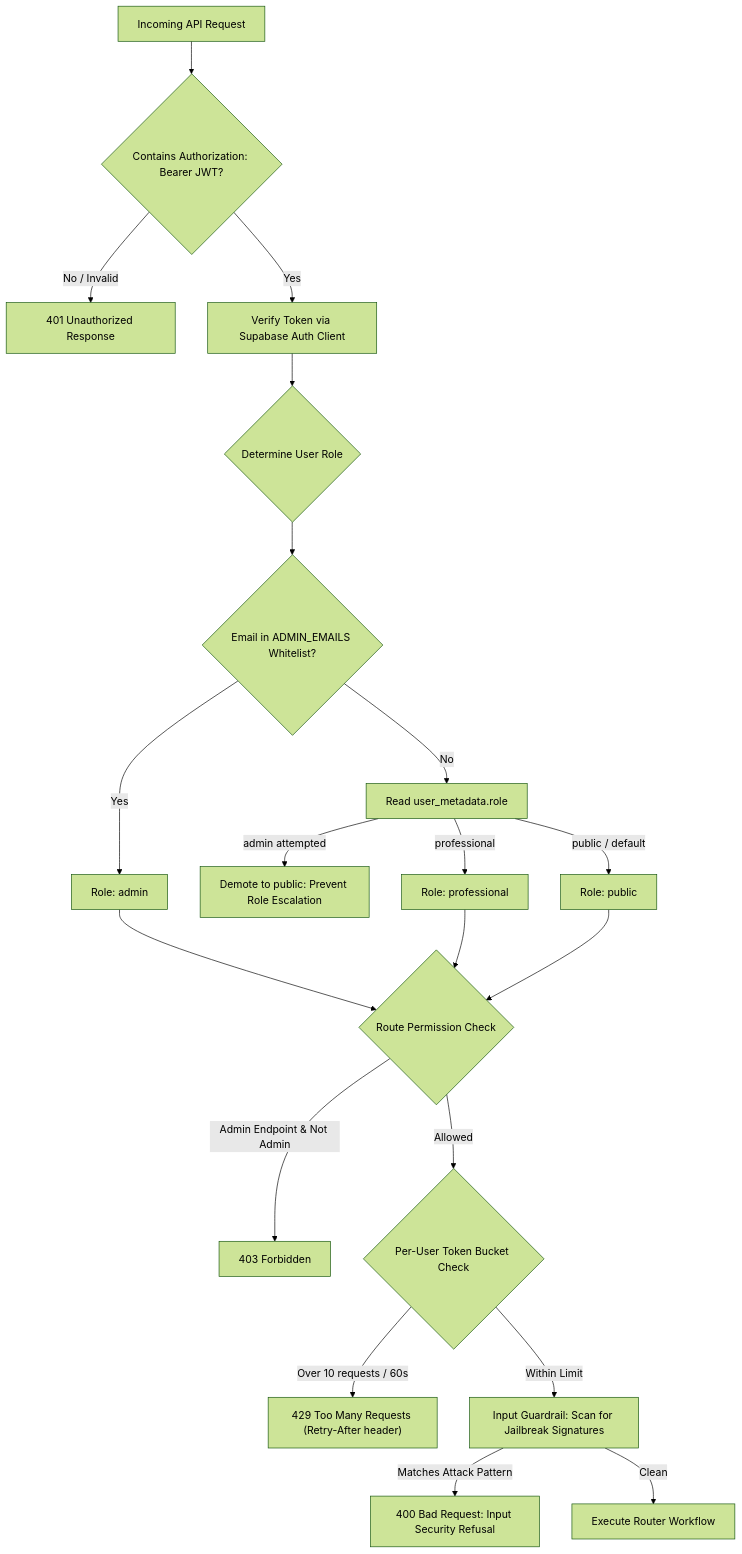
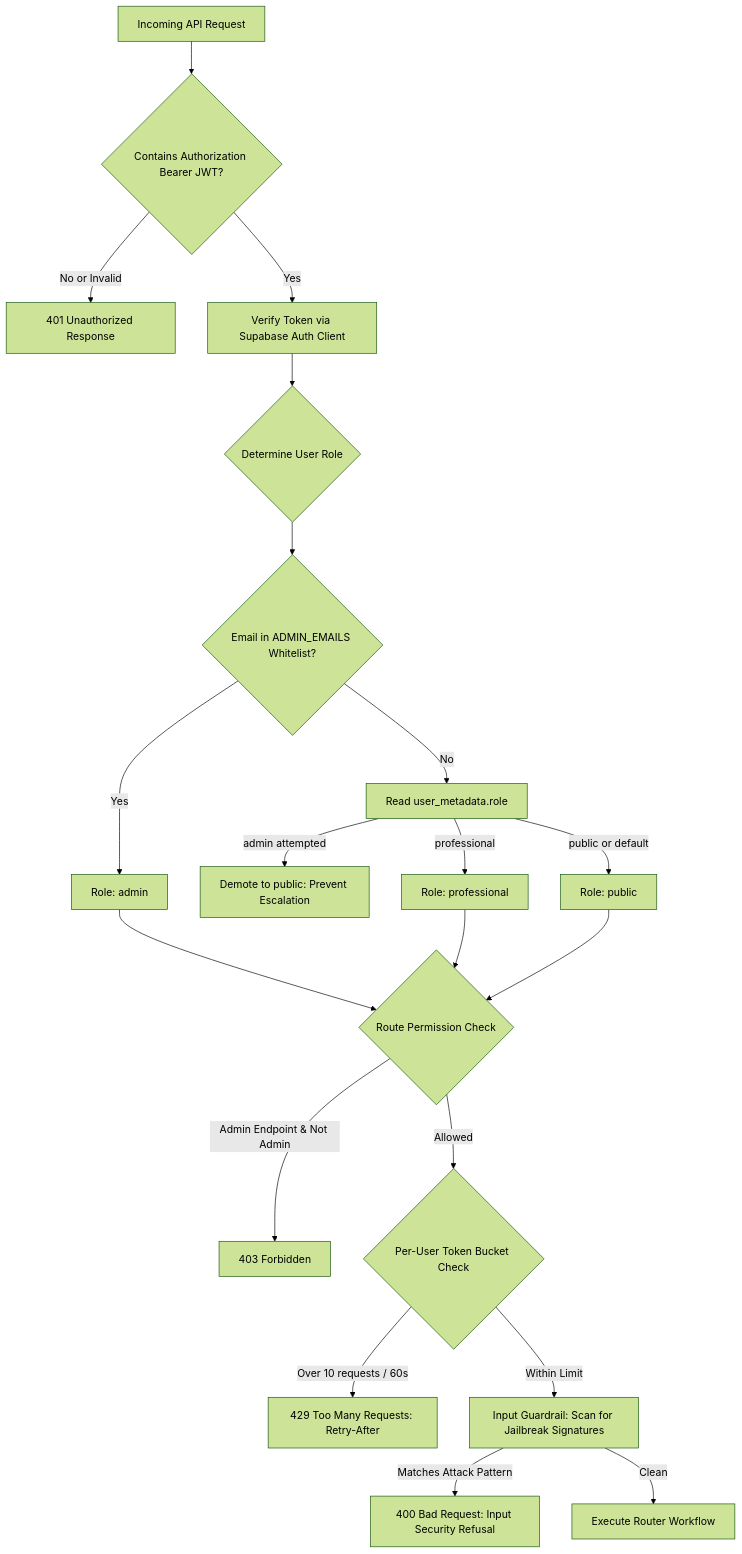
Before and after one commit to tanisha-64/NyayaPramaan: the eighth of 10 diagrams in README.md, drawn with Mermaid (forest theme). The commit also changed other lines of this file, not shown here.

Commit message:
docs: audit and fix all mermaid diagrams, security placeholders, and technical claims

````diff
--- a/README.md
+++ b/README.md
@@ -940,25 +965,27 @@
 ```mermaid
 flowchart TD
-    Request[Incoming API Request] --> CheckAuth{Contains Authorization: Bearer JWT?}
+    Request["Incoming API Request"] --> CheckAuth{"Contains Authorization Bearer JWT?"}
     
-    CheckAuth -->|No / Invalid| Unauth[401 Unauthorized Response]
-    CheckAuth -->|Yes| VerifySupabase[Verify Token via Supabase Auth Client]
+    CheckAuth -->|No or Invalid| Unauth["401 Unauthorized Response"]
+    CheckAuth -->|Yes| VerifySupabase["Verify Token via Supabase Auth Client"]
     
-    VerifySupabase --> ResolveRole{Determine User Role}
-    ResolveRole --> EmailCheck{Email in ADMIN_EMAILS Whitelist?}
-    EmailCheck -->|Yes| AssignAdmin[Role: admin]
-    EmailCheck -->|No| CheckMeta[Read user_metadata.role]
-    CheckMeta -->|admin attempted| BlockEscalation[Demote to public: Prevent Role Escalation]
-    CheckMeta -->|professional| AssignProf[Role: professional]
-    CheckMeta -->|public / default| AssignPublic[Role: public]
+    VerifySupabase --> ResolveRole{"Determine User Role"}
+    ResolveRole --> EmailCheck{"Email in ADMIN_EMAILS Whitelist?"}
+    EmailCheck -->|Yes| AssignAdmin["Role: admin"]
+    EmailCheck -->|No| CheckMeta["Read user_metadata.role"]
+    CheckMeta -->|admin attempted| BlockEscalation["Demote to public: Prevent Escalation"]
+    CheckMeta -->|professional| AssignProf["Role: professional"]
+    CheckMeta -->|public or default| AssignPublic["Role: public"]
     
-    AssignAdmin & AssignProf & AssignPublic --> RouteGuard{Route Permission Check}
-    RouteGuard -->|Admin Endpoint & Not Admin| Forbidden[403 Forbidden]
-    RouteGuard -->|Allowed| TokenBucket{Per-User Token Bucket Check}
+    AssignAdmin --> RouteGuard{"Route Permission Check"}
+    AssignProf --> RouteGuard
+    AssignPublic --> RouteGuard
+    RouteGuard -->|Admin Endpoint & Not Admin| Forbidden["403 Forbidden"]
+    RouteGuard -->|Allowed| TokenBucket{"Per-User Token Bucket Check"}
     
-    TokenBucket -->|Over 10 requests / 60s| RateLimited["429 Too Many Requests (Retry-After header)"]
-    TokenBucket -->|Within Limit| InputCheck[Input Guardrail: Scan for Jailbreak Signatures]
+    TokenBucket -->|Over 10 requests / 60s| RateLimited["429 Too Many Requests: Retry-After"]
+    TokenBucket -->|Within Limit| InputCheck["Input Guardrail: Scan for Jailbreak Signatures"]
     
-    InputCheck -->|Matches Attack Pattern| BlockInput[400 Bad Request: Input Security Refusal]
-    InputCheck -->|Clean| ExecuteBusinessLogic[Execute Router Workflow]
+    InputCheck -->|Matches Attack Pattern| BlockInput["400 Bad Request: Input Security Refusal"]
+    InputCheck -->|Clean| ExecuteBusinessLogic["Execute Router Workflow"]
 ```
````
